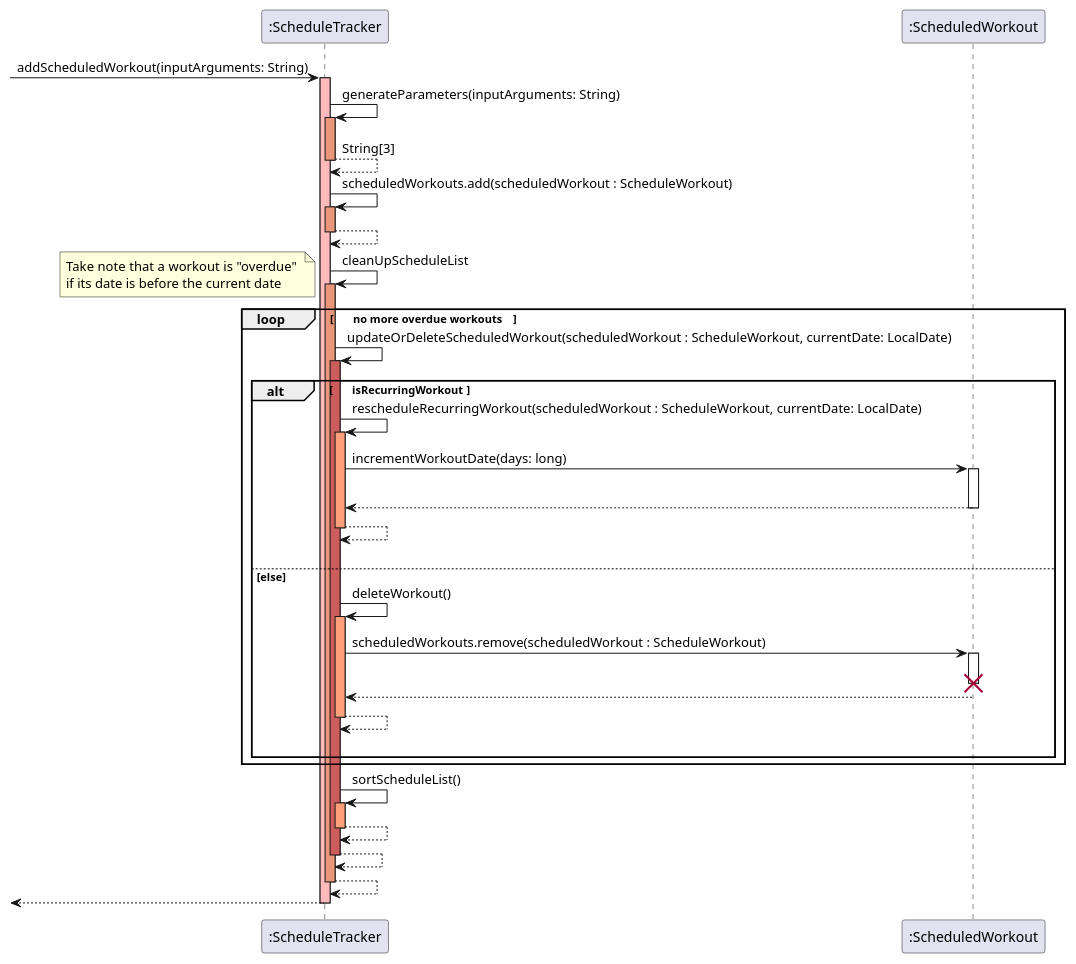
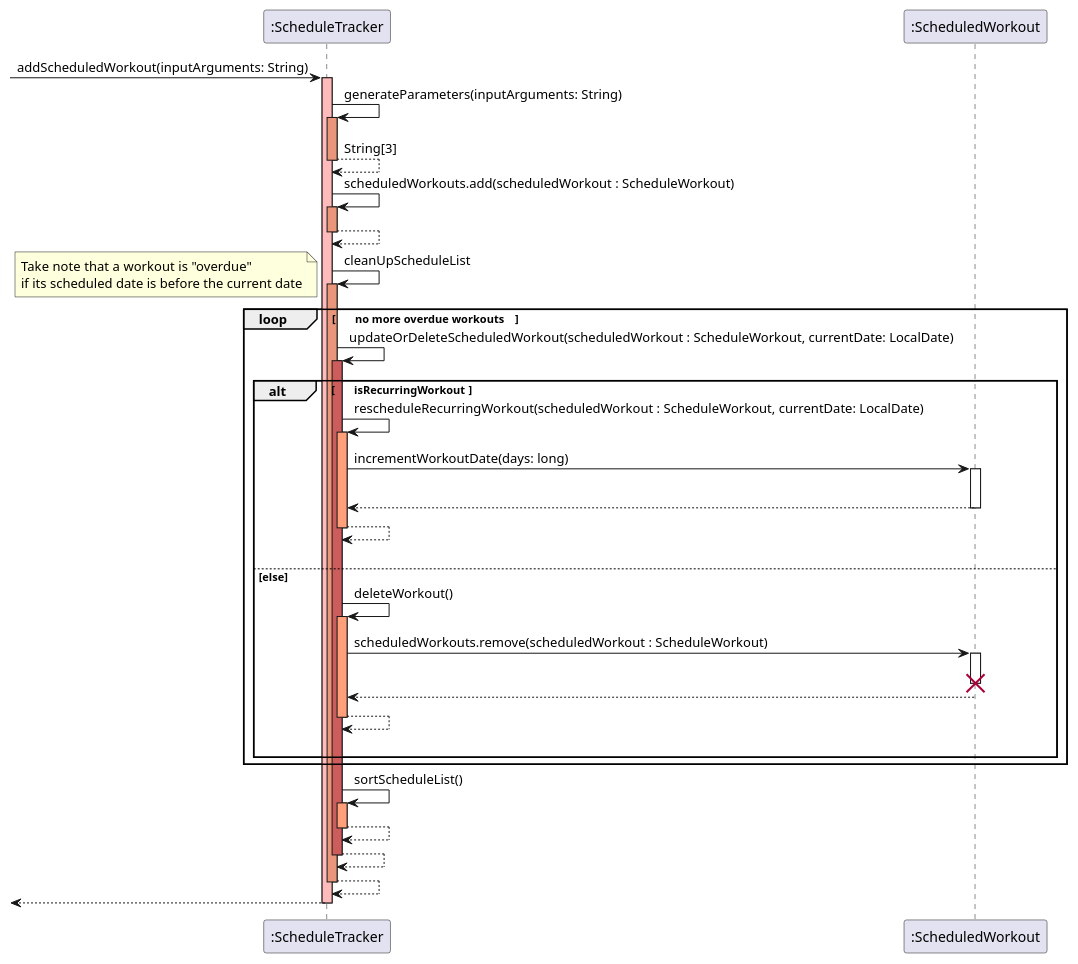
One commit to teoziyiivy/tp changed the diagram in diagrams/ScheduleTracker_add_sequence.puml. Above: the diagram before and after it, drawn with PlantUML. The commit also changed 1 other file, not shown here.

Commit message:
Change to UML diagram

```diff
--- a/diagrams/ScheduleTracker_add_sequence.puml
+++ b/diagrams/ScheduleTracker_add_sequence.puml
@@ -1,53 +1,53 @@
 @startuml
 'https://plantuml.com/sequence-diagram
 participant ":ScheduleTracker"
 participant ":ScheduledWorkout"
 
 ->":ScheduleTracker" : addScheduledWorkout(inputArguments: String)
 activate ":ScheduleTracker" #FFBBBB
 
 ":ScheduleTracker"->":ScheduleTracker" : generateParameters(inputArguments: String)
 activate ":ScheduleTracker" #DarkSalmon
 return String[3]
 
 ":ScheduleTracker"->":ScheduleTracker" : scheduledWorkouts.add(scheduledWorkout : ScheduleWorkout)
 activate ":ScheduleTracker" #DarkSalmon
 return
 
 ":ScheduleTracker"->":ScheduleTracker" : cleanUpScheduleList
 activate ":ScheduleTracker" #DarkSalmon
 
 loop \tno more overdue workouts\t
-    note left : Take note that a workout is "overdue" \nif its date is before the current date
+    note left : Take note that a workout is "overdue" \nif its scheduled date is before the current date
     ":ScheduleTracker"->":ScheduleTracker" : updateOrDeleteScheduledWorkout(scheduledWorkout : ScheduleWorkout, currentDate: LocalDate)
     activate ":ScheduleTracker" #IndianRed
     alt \tisRecurringWorkout\t
         ":ScheduleTracker"->":ScheduleTracker" : rescheduleRecurringWorkout(scheduledWorkout : ScheduleWorkout, currentDate: LocalDate)
         activate ":ScheduleTracker" #LightSalmon
         ":ScheduleTracker"->":ScheduledWorkout" : incrementWorkoutDate(days: long)
         |||
         activate ":ScheduledWorkout"
         return
         return
         |||
     else else
         ":ScheduleTracker"->":ScheduleTracker" : deleteWorkout()
         activate ":ScheduleTracker" #LightSalmon
         ":ScheduleTracker"->":ScheduledWorkout" : scheduledWorkouts.remove(scheduledWorkout : ScheduleWorkout)
         activate ":ScheduledWorkout"
         destroy ":ScheduledWorkout"
         return
         return
         |||
     end
 end
 
 ":ScheduleTracker"->":ScheduleTracker" : sortScheduleList()
 activate ":ScheduleTracker" #LightSalmon
 return
 
 return
 return
 return
 
 @enduml
```
